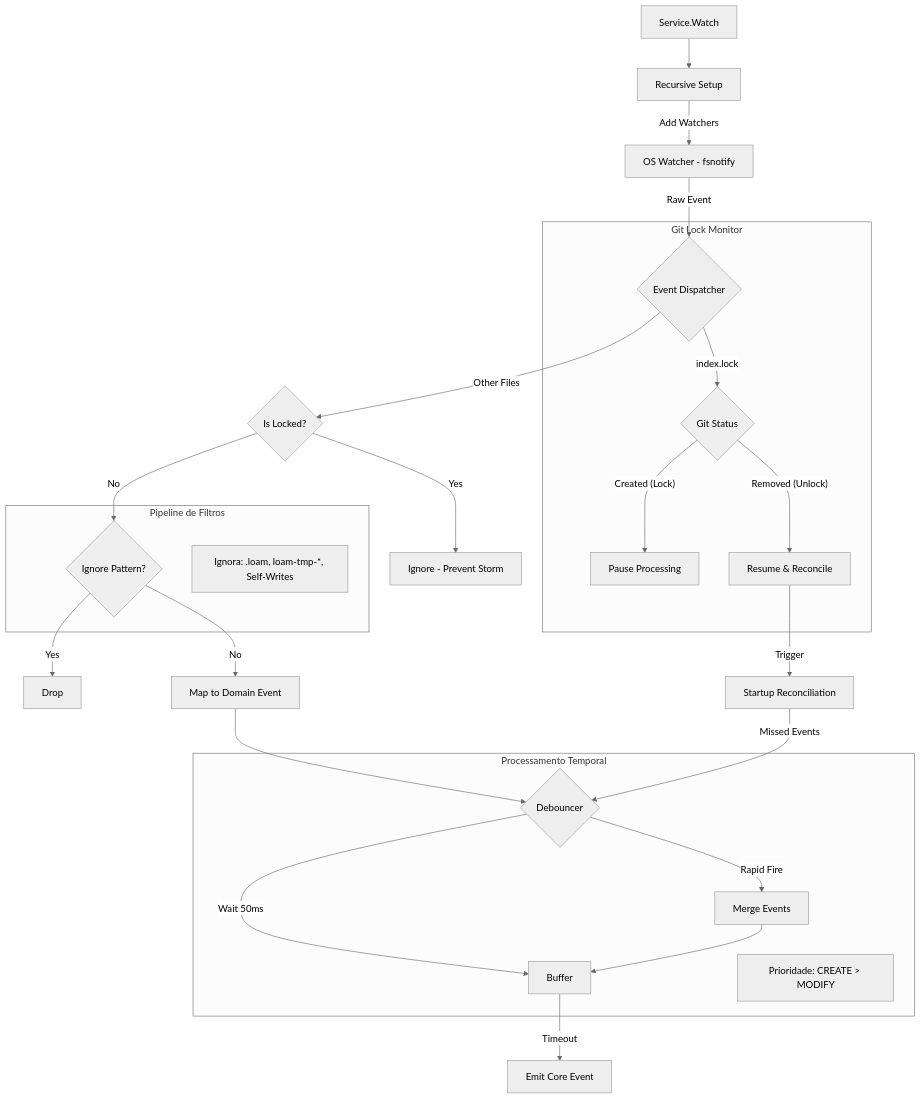
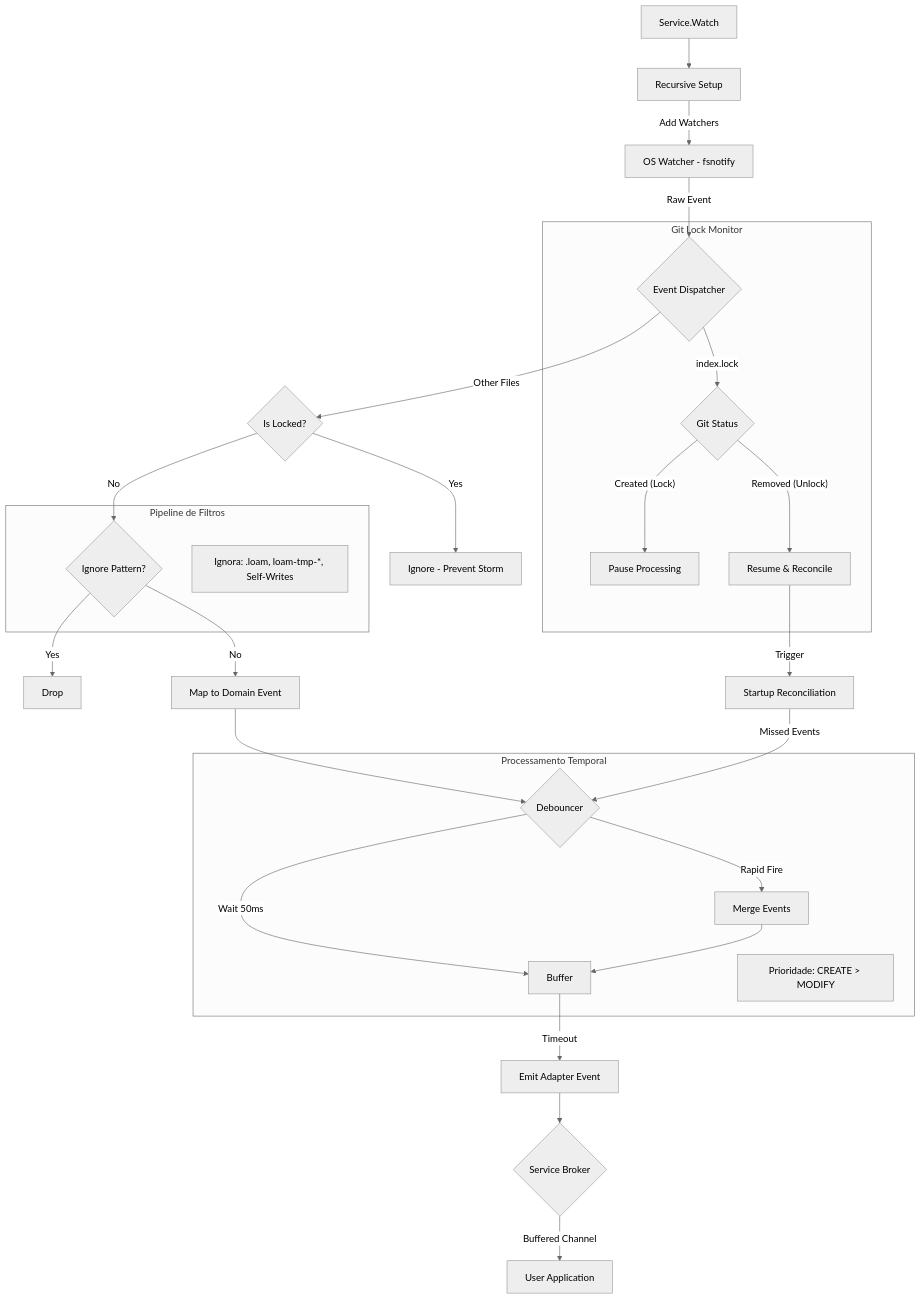
One commit to aretw0/loam changed the fifth of 5 diagrams in docs/TECHNICAL.md. Above: the diagram before and after it, drawn with Mermaid (neutral theme). The commit also changed 1 other file, not shown here.

Commit message:
docs: update architecture diagrams and tuning guide for event broker

````diff
--- a/docs/TECHNICAL.md
+++ b/docs/TECHNICAL.md
@@ -252,39 +252,42 @@
 ```mermaid
 flowchart TD
     Start[Service.Watch] --> Setup[Recursive Setup]
     Setup -->|Add Watchers| OS[OS Watcher - fsnotify]
     
     OS -->|Raw Event| Dispatcher{Event Dispatcher}
 
     subgraph GitAwareness [Git Lock Monitor]
         Dispatcher -- "index.lock" --> LockState{Git Status}
         LockState -- "Created (Lock)" --> Pause[Pause Processing]
         LockState -- "Removed (Unlock)" --> Resume[Resume & Reconcile]
     end
 
     Dispatcher -- "Other Files" --> Gate{Is Locked?}
     Gate -- Yes --> Ignore[Ignore - Prevent Storm]
     Gate -- No --> Filter{Ignore Pattern?}
     
     Filter -- Yes --> Drop[Drop]
     Filter -- No --> Mapper[Map to Domain Event]
     
     subgraph filtering [Pipeline de Filtros]
         Filter
         Note1[Ignora: .loam, loam-tmp-*, Self-Writes]
     end
 
     Mapper --> Debouncer{Debouncer}
     
     subgraph processing [Processamento Temporal]
         Debouncer -- "Wait 50ms" --> Timer[Buffer]
         Debouncer -- "Rapid Fire" --> Merge[Merge Events]
         Note2[Prioridade: CREATE > MODIFY]
     end
     
     Resume -->|Trigger| ReconcileLogic[Startup Reconciliation]
     ReconcileLogic -->|Missed Events| Debouncer
 
-    Timer -->|Timeout| Dispatch[Emit Core Event]
+    Timer -->|Timeout| AdapterEmit[Emit Adapter Event]
     Merge --> Timer
+
+    AdapterEmit --> Broker{Service Broker}
+    Broker -->|Buffered Channel| User[User Application]
 ```
````
